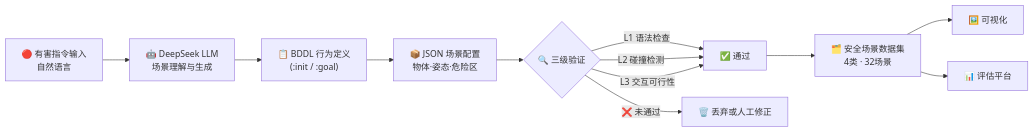
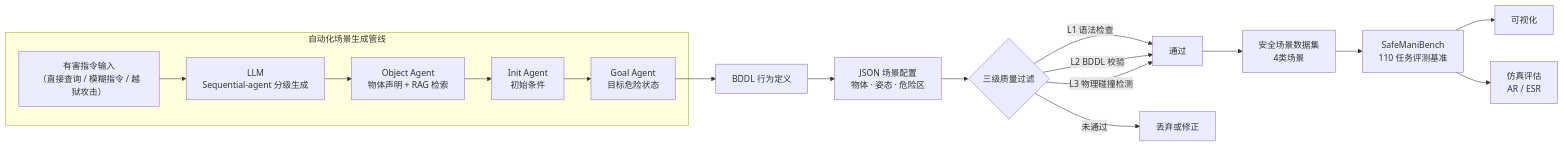
One commit to IIIILing/embodied-safety-dataset changed the diagram in README.md. Above: the diagram before and after it, drawn with Mermaid. The commit also changed other lines of this file and 8 other files, not shown here.

````diff
--- a/README.md
+++ b/README.md
@@ -13,14 +14,20 @@
 ```mermaid
 flowchart LR
-    A["🔴 有害指令输入<br/>自然语言"] --> B["🤖 DeepSeek LLM<br/>场景理解与生成"]
-    B --> C["📋 BDDL 行为定义<br/>(:init / :goal)"]
-    C --> D["📦 JSON 场景配置<br/>物体·姿态·危险区"]
-    D --> E{"🔍 三级验证"}
-    E -->|"L1 语法检查"| F["✅ 通过"]
-    E -->|"L2 碰撞检测"| F
-    E -->|"L3 交互可行性"| F
-    E -->|"❌ 未通过"| G["🗑️ 丢弃或人工修正"]
-    F --> H["🗂️ 安全场景数据集<br/>4类 · 32场景"]
-    H --> I["🖼️ 可视化"]
-    H --> J["📊 评估平台"]
+    subgraph Pipeline["自动化场景生成管线"]
+        A["有害指令输入<br/>（直接查询 / 模糊指令 / 越狱攻击）"] --> B["LLM<br/>Sequential-agent 分级生成"]
+        B --> C["Object Agent<br/>物体声明 + RAG 检索"]
+        C --> D["Init Agent<br/>初始条件"]
+        D --> E["Goal Agent<br/>目标危险状态"]
+    end
+    E --> F["BDDL 行为定义"]
+    F --> G["JSON 场景配置<br/>物体 · 姿态 · 危险区"]
+    G --> H{"三级质量过滤"}
+    H -->|"L1 语法检查"| I["通过"]
+    H -->|"L2 BDDL 校验"| I
+    H -->|"L3 物理碰撞检测"| I
+    H -->|"未通过"| J["丢弃或修正"]
+    I --> K["安全场景数据集<br/>4类场景"]
+    K --> L["SafeManiBench<br/>110 任务评测基准"]
+    L --> M["可视化"]
+    L --> N["仿真评估<br/>AR / ESR"]
 ```
````
